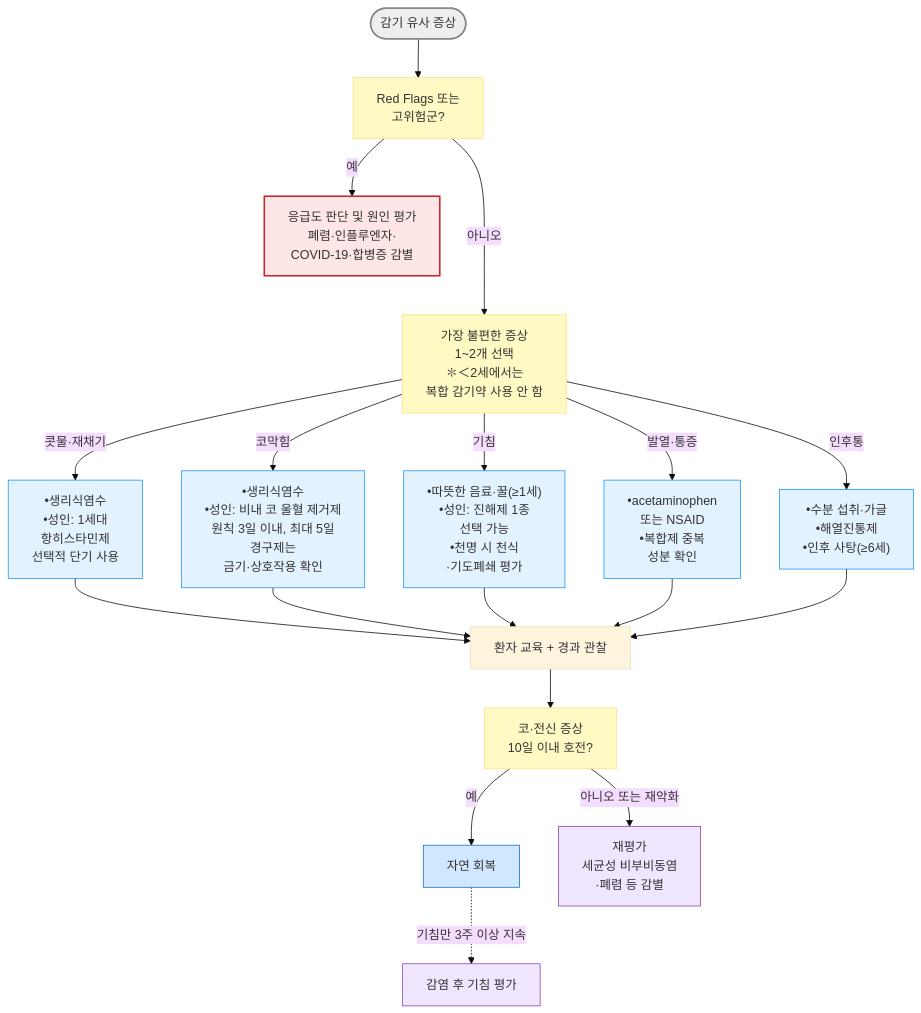
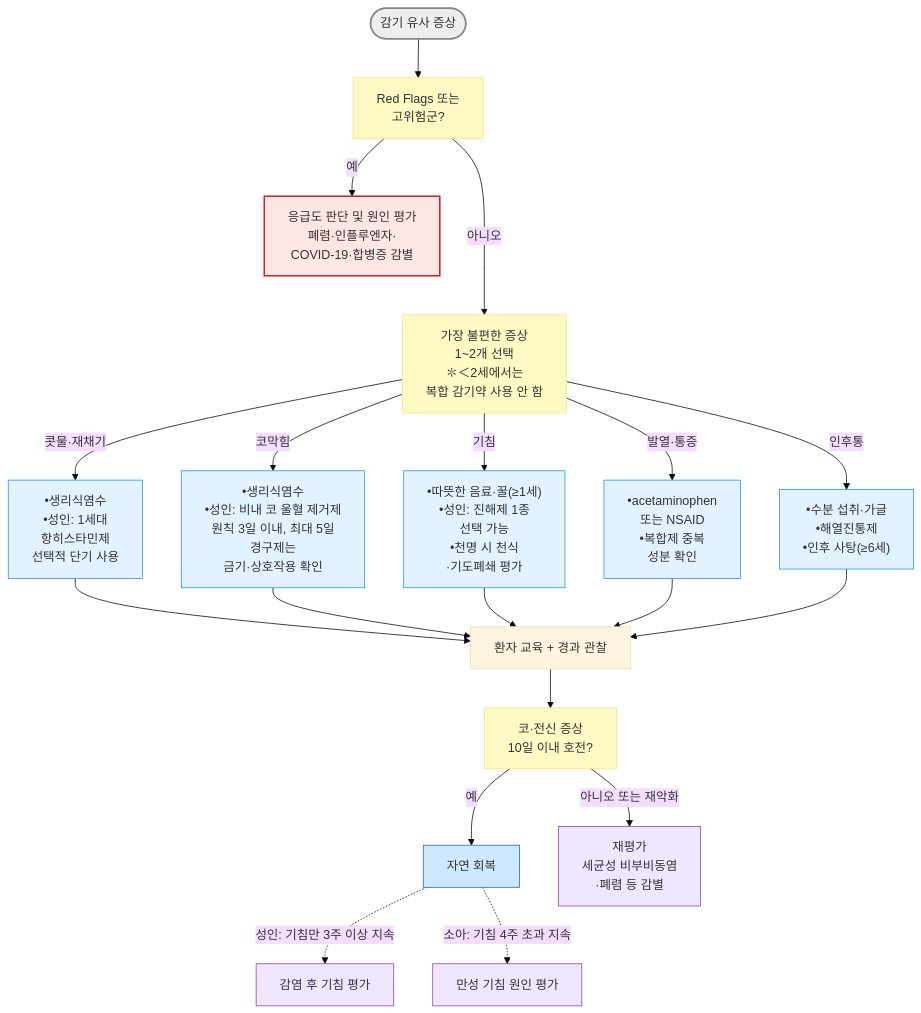
One commit to familyoh77/familyoh77 changed the diagram in 223_/060_-common-cold.md. Above: the diagram before and after it, drawn with Mermaid (base theme). The commit also changed other lines of this file, not shown here.

````diff
--- a/223_/060_-common-cold.md
+++ b/223_/060_-common-cold.md
@@ -141,29 +145,31 @@
 ```mermaid
 flowchart TD
     A(["감기 유사 증상"]) --> X["Red Flags 또는<br/>고위험군?"]
     X -->|예| E["응급도 판단 및 원인 평가<br/>폐렴·인플루엔자·<br/>COVID-19·합병증 감별"]
     X --->|아니오| B["가장 불편한 증상<br/>1~2개 선택<br/>✽＜2세에서는 <br/>복합 감기약 사용 안 함"]
     B -->|콧물·재채기| R["•생리식염수<br/>•성인: 1세대 <br/>항히스타민제<br/>선택적 단기 사용"]
     B -->|코막힘| C["•생리식염수<br/>•성인: 비내 코 울혈 제거제<br/>원칙 3일 이내, 최대 5일<br/>경구제는<br/>금기·상호작용 확인"]
     B -->|기침| K["•따뜻한 음료·꿀(≥1세)<br/>•성인: 진해제 1종<br/> 선택 가능<br/>•천명 시 천식<br/>·기도폐쇄 평가"]
     B -->|발열·통증| F["•acetaminophen <br/>또는 NSAID<br/>•복합제 중복<br/>성분 확인"]
     B -->|인후통| S["•수분 섭취·가글<br/>•해열진통제<br/>•인후 사탕(≥6세)"]
     R --> Z["환자 교육 + 경과 관찰"]
     C --> Z
     K --> Z
     F --> Z
     S --> Z
     Z --> Y["코·전신 증상<br/>10일 이내 호전?"]
     Y -->|예| END["자연 회복"]
     Y -->|아니오 또는 재악화| RE["재평가<br/>세균성 비부비동염<br/>·폐렴 등 감별"]
-    END -.->|기침만 3주 이상 지속| PIC["감염 후 기침 평가"]
+    END -.->|성인: 기침만 3주 이상 지속| PIC["감염 후 기침 평가"]
+    END -.->|소아: 기침 4주 초과 지속| PC["만성 기침 원인 평가"]
     style A fill:#eeeeee,stroke:#888888,stroke-width:2px
     style E fill:#ffe6e6,stroke:#c62828,stroke-width:2px
     classDef yellow fill:#fff9c4,stroke:#ffe082
     class X,B,Y yellow
     classDef sky fill:#e3f2ff,stroke:#2196f3
     class R,C,K,F,S sky
     style END fill:#d0e8ff,stroke:#1a6abf
     style RE fill:#f0e6ff,stroke:#8e44ad
     style PIC fill:#f0e6ff,stroke:#8e44ad
+    style PC fill:#f0e6ff,stroke:#8e44ad
 ```
````
